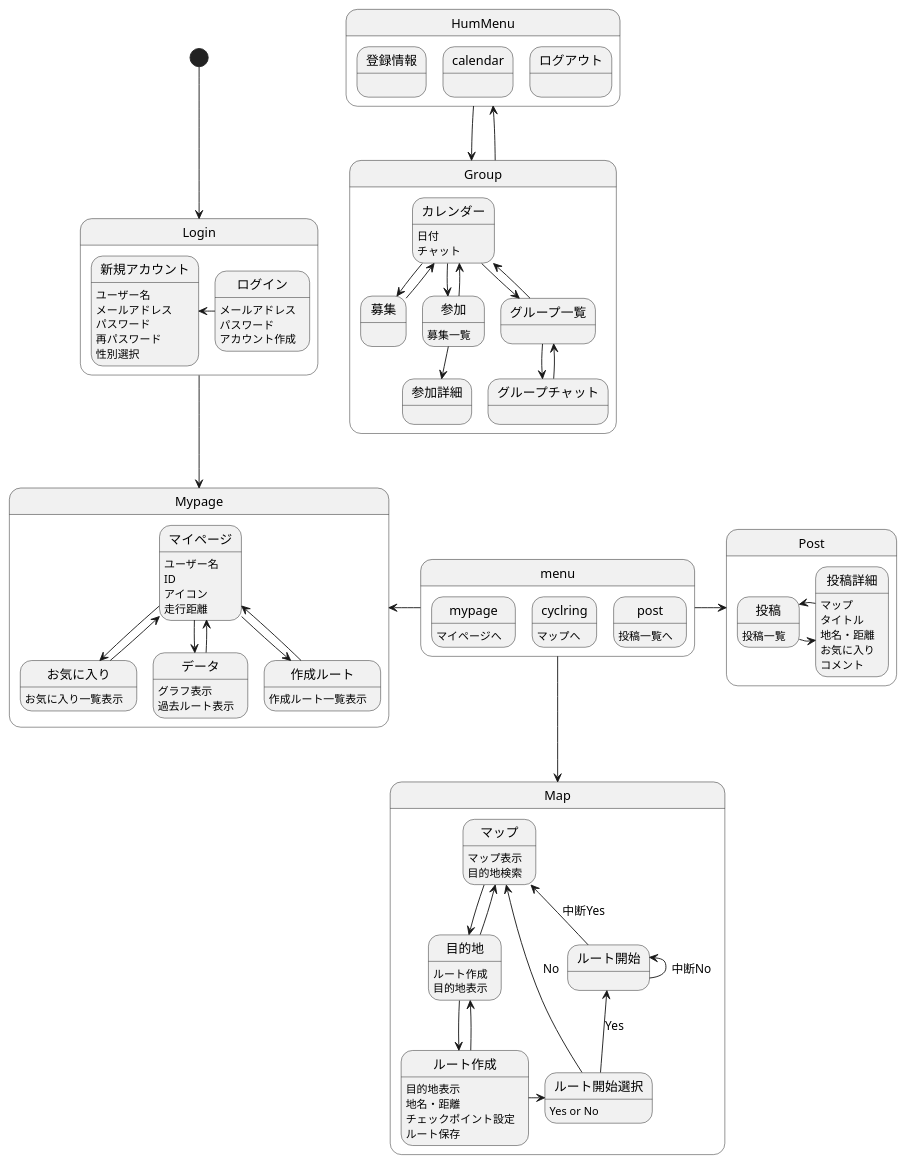
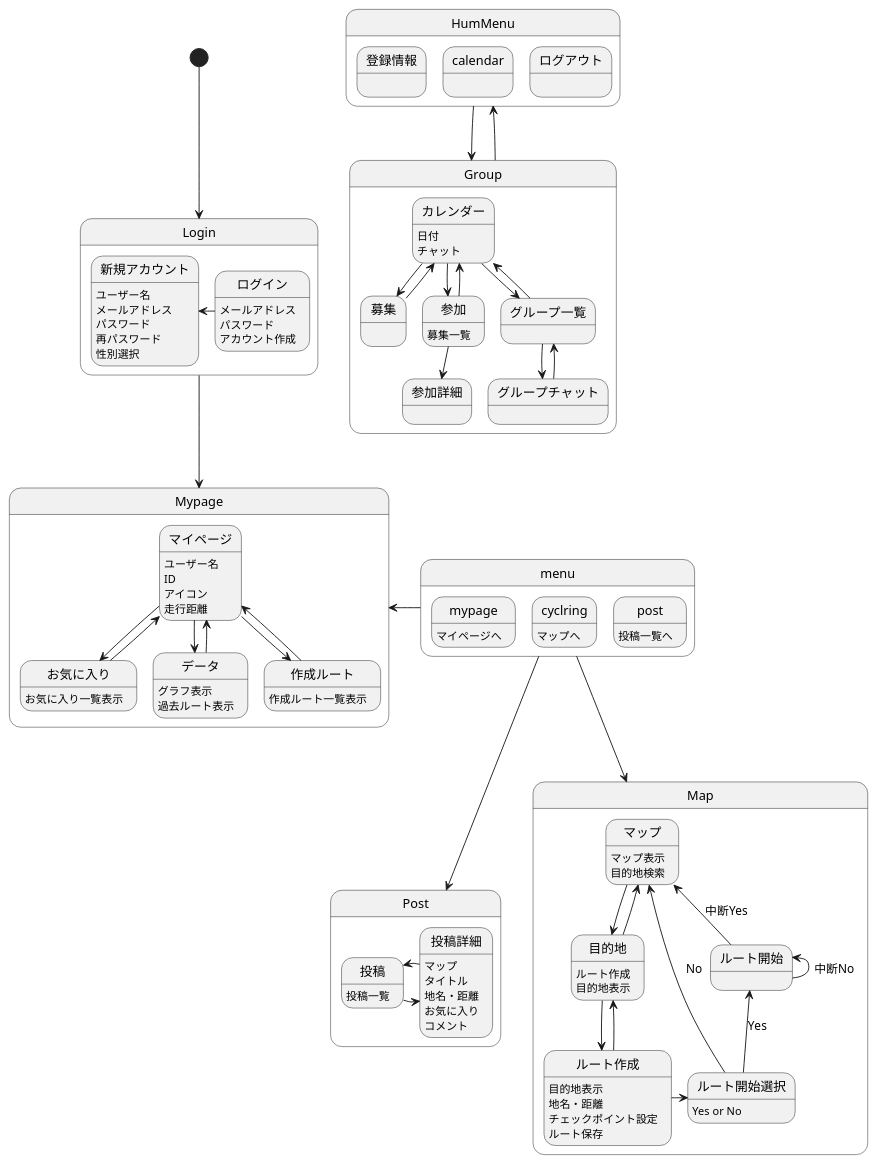
The diagram in 画面遷移図/gm.md (AsoSD3A3/CyclingSystem), drawn with PlantUML before and after one commit.

```diff
--- a/画面遷移図/gm.md
+++ b/画面遷移図/gm.md
@@ -33,8 +33,8 @@
 }
 
 menu-left->Mypage
+menu-down->Post
 menu-down->Map
-menu-right->Post
 
 [*]-down->Login
 state Login{
```
